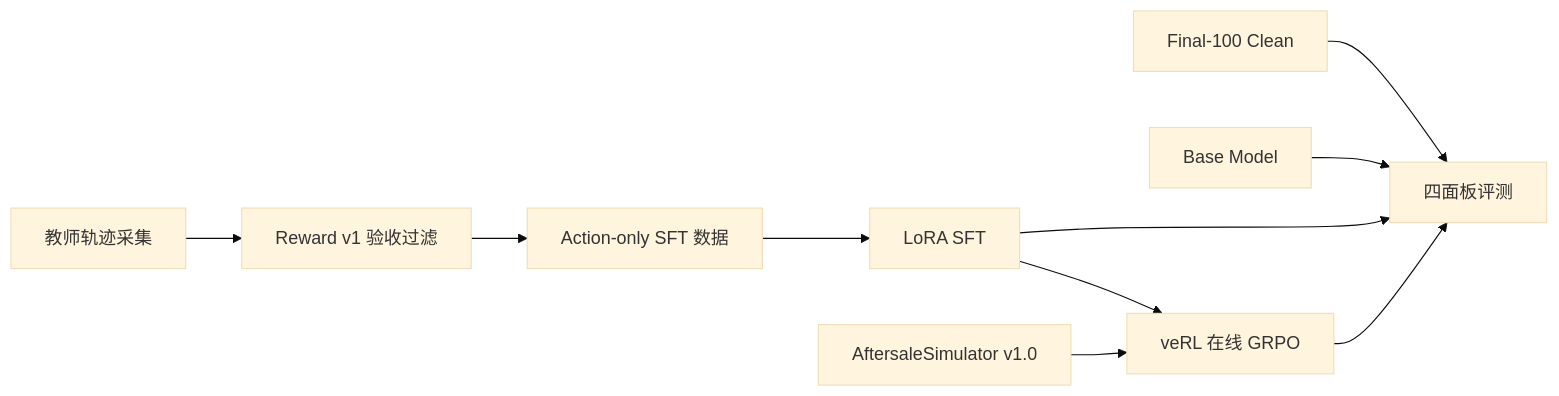
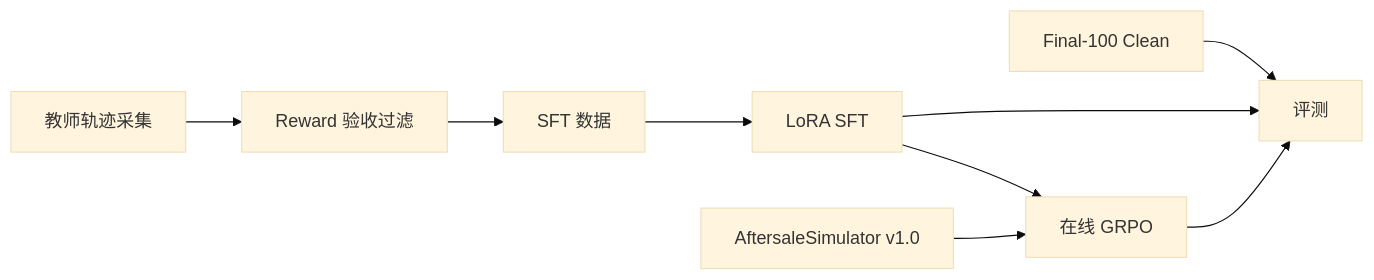
One commit to FATEAXS/aftersales-grpo-longhorizon changed the diagram in README.md. Above: the diagram before and after it, drawn with Mermaid (base theme). The commit also changed other lines of this file and 1 other file, not shown here.

Commit message:
rewrite README and comparison in plainer style; add SFT v2 negative result

````diff
--- a/README.md
+++ b/README.md
@@ -25,12 +6,11 @@
 ```mermaid
 flowchart LR
-    A[教师轨迹采集] --> B[Reward v1 验收过滤]
-    B --> C[Action-only SFT 数据]
+    A[教师轨迹采集] --> B[Reward 验收过滤]
+    B --> C[SFT 数据]
     C --> D[LoRA SFT]
-    D --> E[veRL 在线 GRPO]
+    D --> E[在线 GRPO]
     F[AftersaleSimulator v1.0] --> E
-    G[Final-100 Clean] --> H[四面板评测]
-    I[Base Model] --> H
+    G[Final-100 Clean] --> H[评测]
     D --> H
     E --> H
 ```
````
